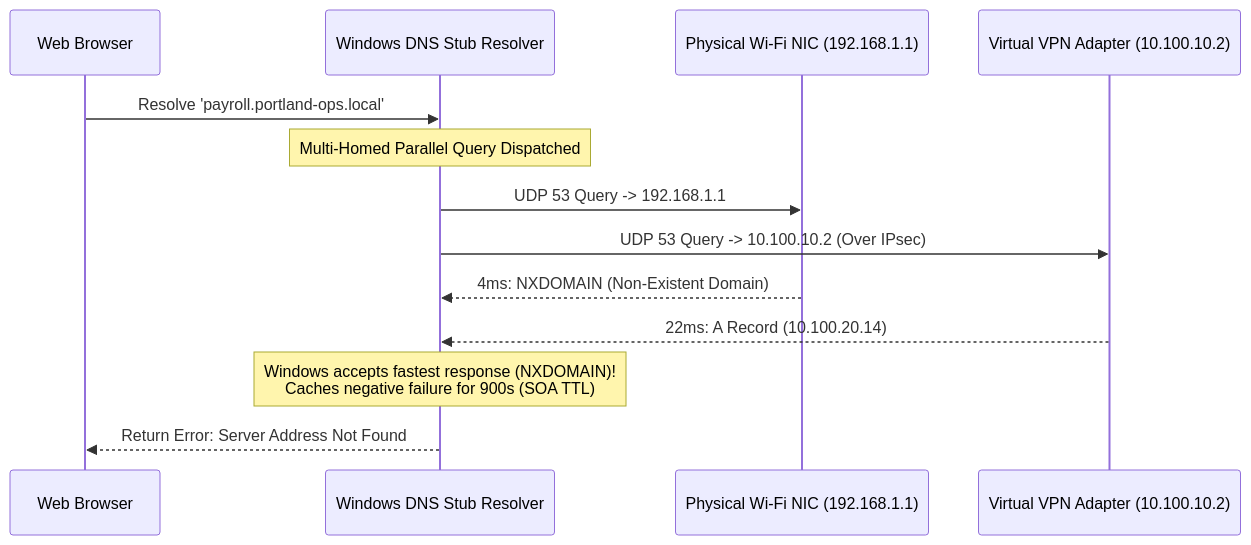
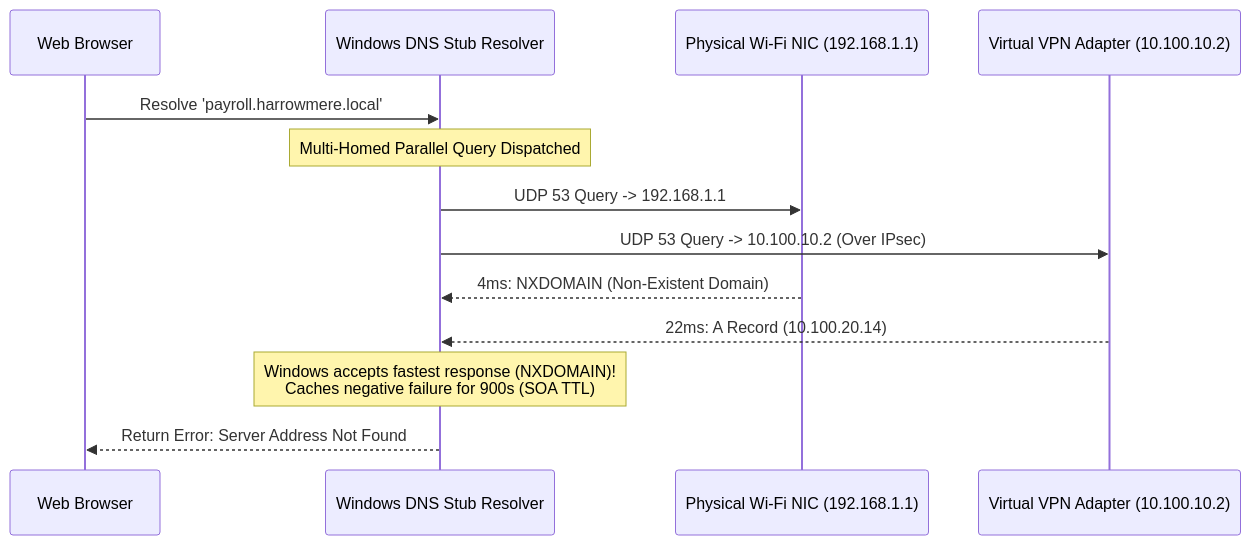
The fourth of 4 diagrams in portland-desk/workbench/04-the-name-is-not-the-number.md (cwarloe/learning-narrative-kit), drawn with Mermaid before and after one commit. The commit also changed other lines of this file and 94 other files, not shown here.

````diff
--- a/portland-desk/workbench/04-the-name-is-not-the-number.md
+++ b/portland-desk/workbench/04-the-name-is-not-the-number.md
@@ -168,16 +168,16 @@
 ```mermaid
 sequenceDiagram
     participant App as Web Browser
     participant Stub as Windows DNS Stub Resolver
     participant WiFi as Physical Wi-Fi NIC (192.168.1.1)
     participant VPN as Virtual VPN Adapter (10.100.10.2)
 
-    App->>Stub: Resolve 'payroll.portland-ops.local'
+    App->>Stub: Resolve 'payroll.harrowmere.local'
     Note over Stub: Multi-Homed Parallel Query Dispatched
     Stub->>WiFi: UDP 53 Query -> 192.168.1.1
     Stub->>VPN: UDP 53 Query -> 10.100.10.2 (Over IPsec)
     WiFi-->>Stub: 4ms: NXDOMAIN (Non-Existent Domain)
     VPN-->>Stub: 22ms: A Record (10.100.20.14)
     Note over Stub: Windows accepts fastest response (NXDOMAIN)!<br/>Caches negative failure for 900s (SOA TTL)
     Stub-->>App: Return Error: Server Address Not Found
 ```
````
